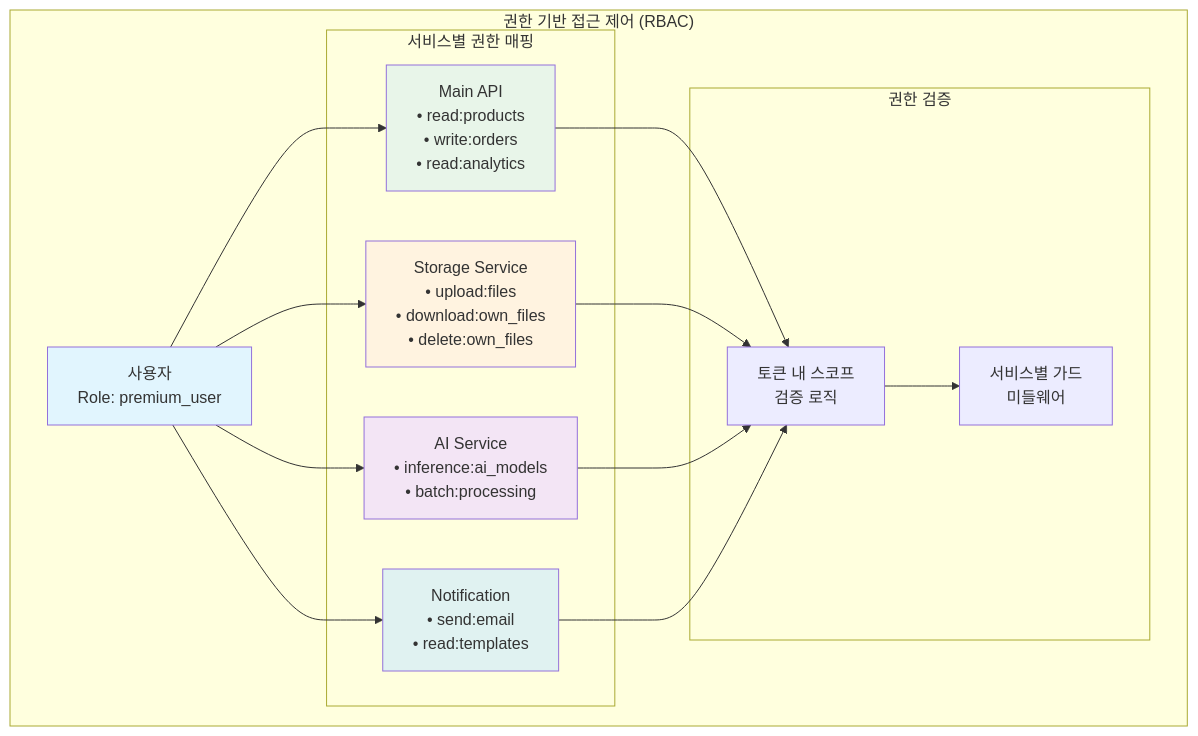
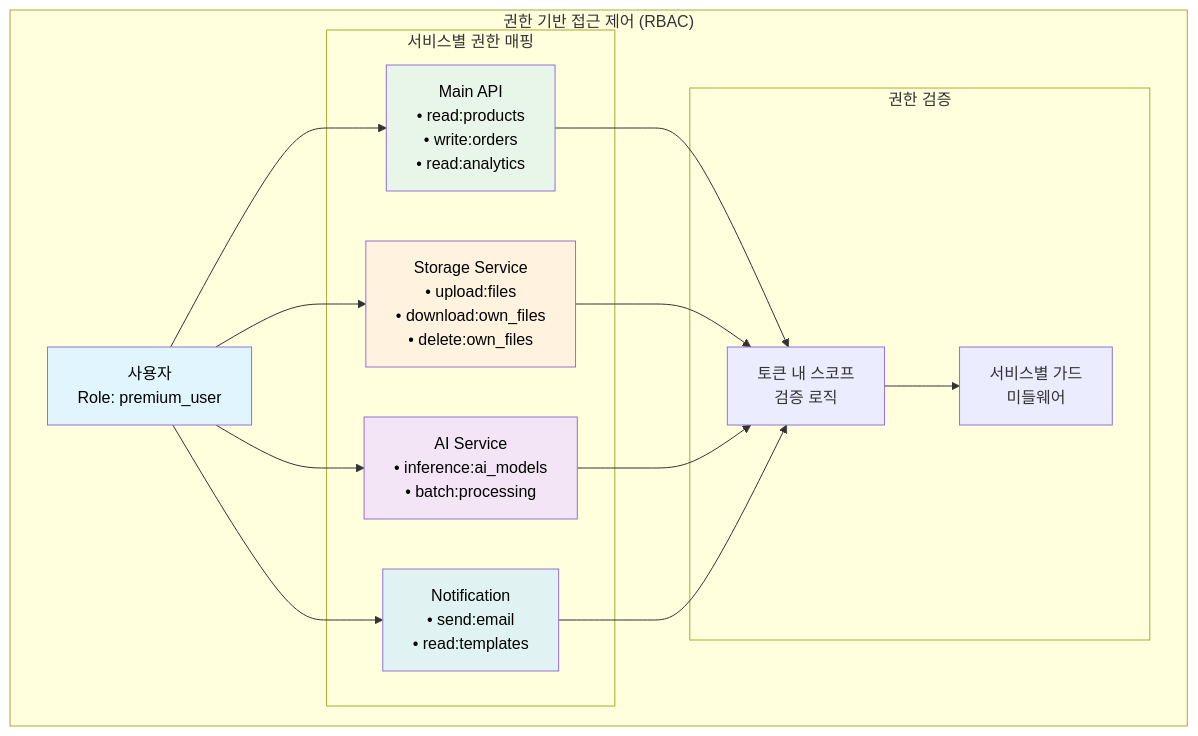
Before and after one commit to isinthesky/isinthesky: the seventh of 7 diagrams in study/msa-experience/3-auth.md, drawn with Mermaid. The commit also changed other lines of this file and 4 other files, not shown here.

````diff
--- a/study/msa-experience/3-auth.md
+++ b/study/msa-experience/3-auth.md
@@ -299,36 +265,36 @@
 ```mermaid
 graph TB
     subgraph "권한 기반 접근 제어 (RBAC)"
         User[사용자<br/>Role: premium_user]
         
         subgraph "서비스별 권한 매핑"
             MainPerms[Main API<br/>• read:products<br/>• write:orders<br/>• read:analytics]
             StoragePerms[Storage Service<br/>• upload:files<br/>• download:own_files<br/>• delete:own_files]
             AIPerms["AI Service<br/>• inference:ai_models<br/>• batch:processing"]
             NotificationPerms[Notification<br/>• send:email<br/>• read:templates]
         end
         
         subgraph "권한 검증"
             TokenScopes[토큰 내 스코프<br/>검증 로직]
             ServiceGuard[서비스별 가드<br/>미들웨어]
         end
     end
     
     User --> MainPerms
     User --> StoragePerms
     User --> AIPerms
     User --> NotificationPerms
     
     MainPerms --> TokenScopes
     StoragePerms --> TokenScopes
     AIPerms --> TokenScopes
     NotificationPerms --> TokenScopes
     
     TokenScopes --> ServiceGuard
     
-    style User fill:#e1f5fe
-    style MainPerms fill:#e8f5e9
-    style StoragePerms fill:#fff3e0
-    style AIPerms fill:#f3e5f5
-    style NotificationPerms fill:#e0f2f1
+    style User fill:#e1f5fe,color:#000
+    style MainPerms fill:#e8f5e9,color:#000
+    style StoragePerms fill:#fff3e0,color:#000
+    style AIPerms fill:#f3e5f5,color:#000
+    style NotificationPerms fill:#e0f2f1,color:#000
 ```
````
